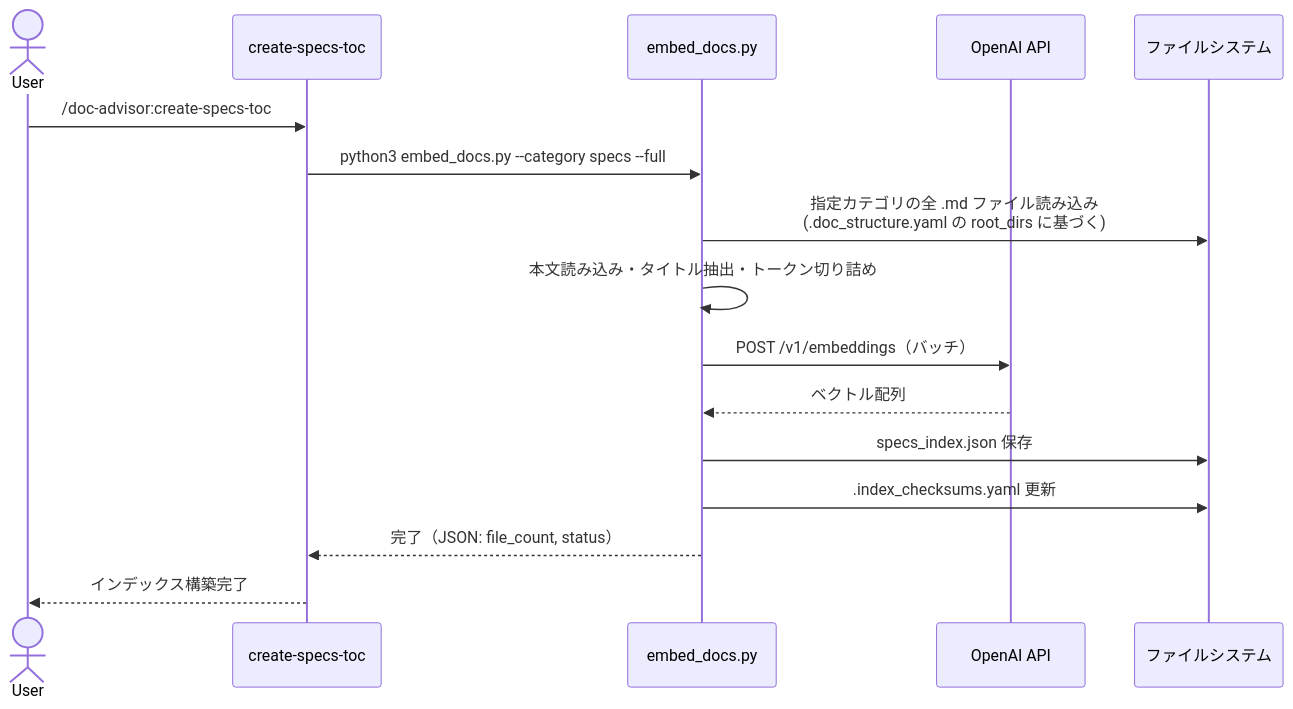
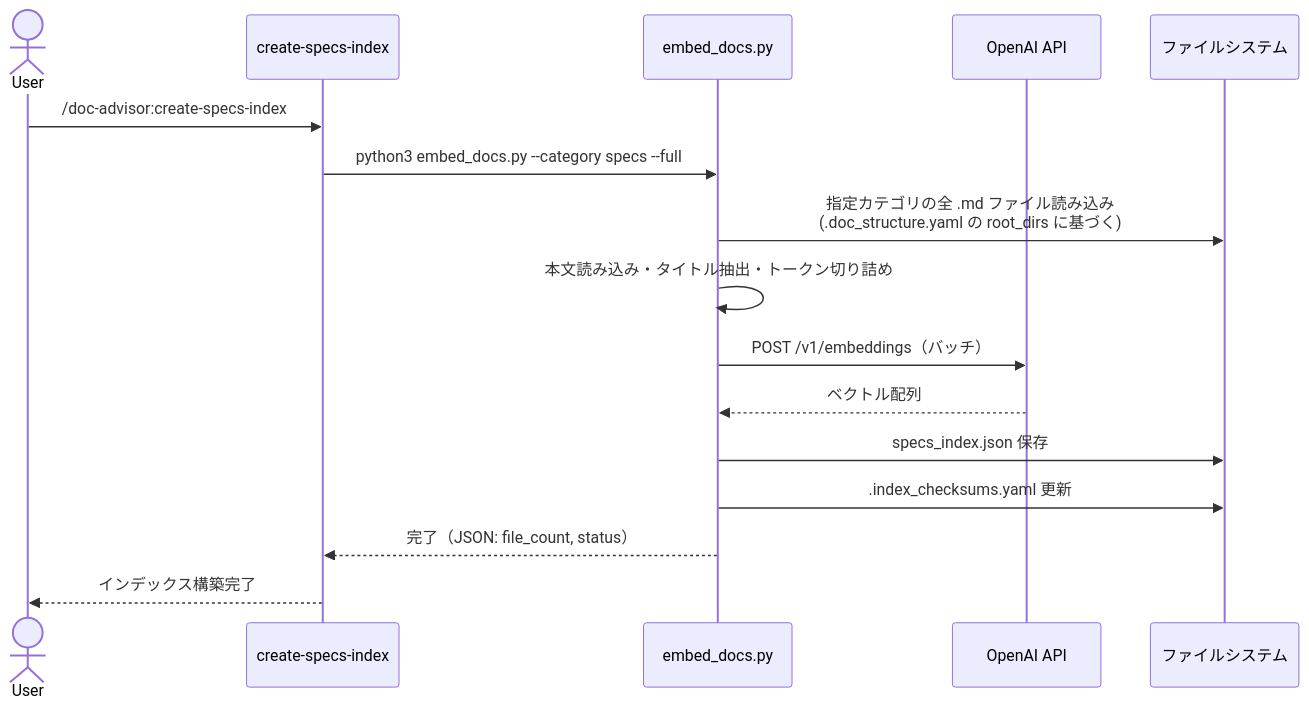
Before and after one commit to BlueEventHorizon/bw-cc-plugins: the fourth of 5 diagrams in docs/specs/doc-advisor/semantic-query/design/DES-006_semantic_search_design.md, drawn with Mermaid. The commit also changed other lines of this file and 39 other files, not shown here.

````diff
--- a/docs/specs/doc-advisor/semantic-query/design/DES-006_semantic_search_design.md
+++ b/docs/specs/doc-advisor/semantic-query/design/DES-006_semantic_search_design.md
@@ -374,19 +374,19 @@
 ```mermaid
 sequenceDiagram
     actor User
-    participant Skill as create-specs-toc
+    participant Skill as create-specs-index
     participant Script as embed_docs.py
     participant API as OpenAI API
     participant FS as ファイルシステム
 
-    User->>Skill: /doc-advisor:create-specs-toc
+    User->>Skill: /doc-advisor:create-specs-index
     Skill->>Script: python3 embed_docs.py --category specs --full
     Script->>FS: 指定カテゴリの全 .md ファイル読み込み<br/>(.doc_structure.yaml の root_dirs に基づく)
     Script->>Script: 本文読み込み・タイトル抽出・トークン切り詰め
     Script->>API: POST /v1/embeddings（バッチ）
     API-->>Script: ベクトル配列
     Script->>FS: specs_index.json 保存
     Script->>FS: .index_checksums.yaml 更新
     Script-->>Skill: 完了（JSON: file_count, status）
     Skill-->>User: インデックス構築完了
 ```
````
